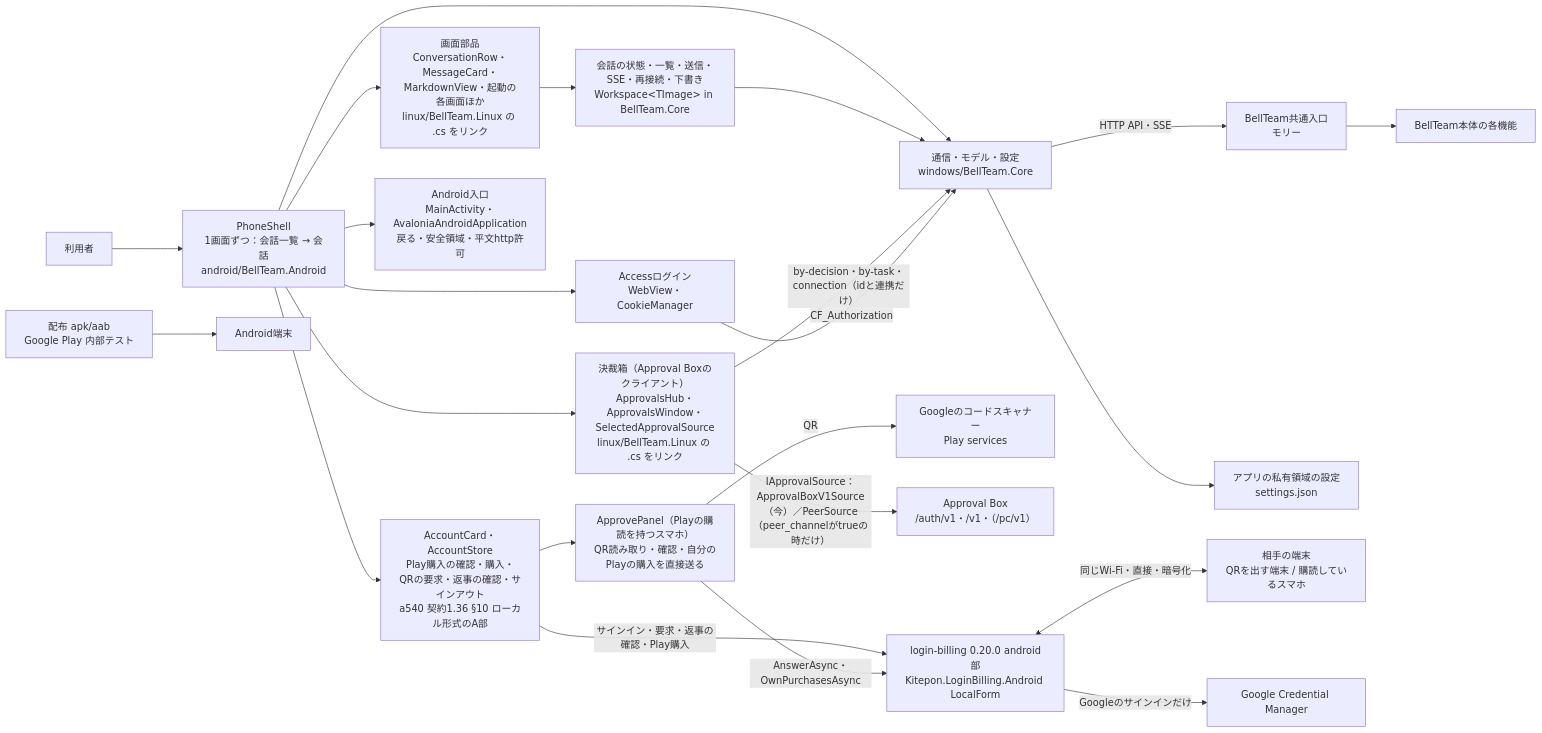
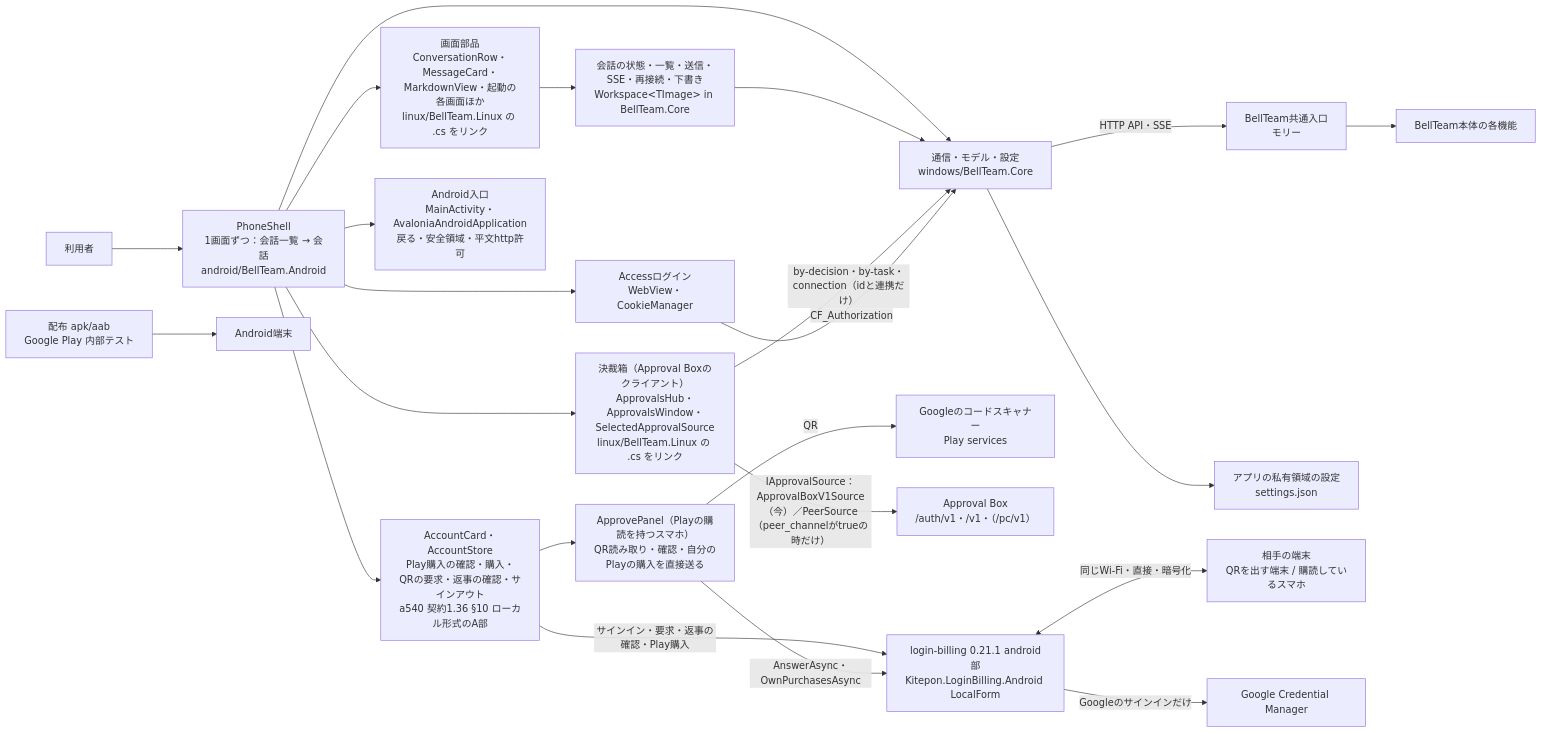
Before and after one commit to kitepon/BellTeam: the first of 2 diagrams in docs/android-architecture.md, drawn with Mermaid. The commit also changed other lines of this file and 16 other files, not shown here.

First line of the commit message:
Linux 0.2.31 and Android 0.1.31: login-billing 0.21.1, Apple sign-in on the device itself (lb0211-linux-android)

````diff
--- a/docs/android-architecture.md
+++ b/docs/android-architecture.md
@@ -9,25 +9,25 @@
 ```mermaid
 flowchart LR
   user[利用者] --> shell[PhoneShell<br/>1画面ずつ：会話一覧 → 会話<br/>android/BellTeam.Android]
   shell --> views[画面部品<br/>ConversationRow・MessageCard・MarkdownView・起動の各画面ほか<br/>linux/BellTeam.Linux の .cs をリンク]
   views --> ws[会話の状態・一覧・送信・SSE・再接続・下書き<br/>Workspace&lt;TImage&gt; in BellTeam.Core]
   shell --> core[通信・モデル・設定<br/>windows/BellTeam.Core]
   ws --> core
   core -->|HTTP API・SSE| integration[BellTeam共通入口<br/>モリー]
   core --> local[アプリの私有領域の設定<br/>settings.json]
   shell --> account[AccountCard・AccountStore<br/>Play購入の確認・購入・QRの要求・返事の確認・サインアウト<br/>a540 契約1.36 §10 ローカル形式のA部]
   account --> approve[ApprovePanel（Playの購読を持つスマホ）<br/>QR読み取り・確認・自分のPlayの購入を直接送る]
   approve -->|QR| scanner[Googleのコードスキャナー<br/>Play services]
   shell --> abx[決裁箱（Approval Boxのクライアント）<br/>ApprovalsHub・ApprovalsWindow・SelectedApprovalSource<br/>linux/BellTeam.Linux の .cs をリンク]
   abx -->|IApprovalSource：ApprovalBoxV1Source（今）／PeerSource（peer_channelがtrueの時だけ）| abxsrv[Approval Box<br/>/auth/v1・/v1・（/pc/v1）]
   abx -->|by-decision・by-task・connection（idと連携だけ）| core
-  account -->|サインイン・要求・返事の確認・Play購入| lib[login-billing 0.20.0 android部<br/>Kitepon.LoginBilling.Android LocalForm]
+  account -->|サインイン・要求・返事の確認・Play購入| lib[login-billing 0.21.1 android部<br/>Kitepon.LoginBilling.Android LocalForm]
   approve -->|AnswerAsync・OwnPurchasesAsync| lib
   lib <-->|同じWi-Fi・直接・暗号化| peer[相手の端末<br/>QRを出す端末 / 購読しているスマホ]
   lib -->|Googleのサインインだけ| google[Google Credential Manager]
   shell --> access[Accessログイン<br/>WebView・CookieManager]
   access -->|CF_Authorization| core
   shell --> android[Android入口<br/>MainActivity・AvaloniaAndroidApplication<br/>戻る・安全領域・平文http許可]
   release[配布 apk/aab<br/>Google Play 内部テスト] --> device[Android端末]
   integration --> server[BellTeam本体の各機能]
 ```
````
